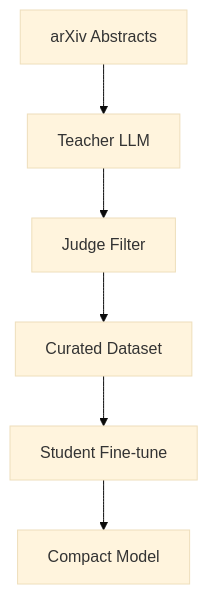
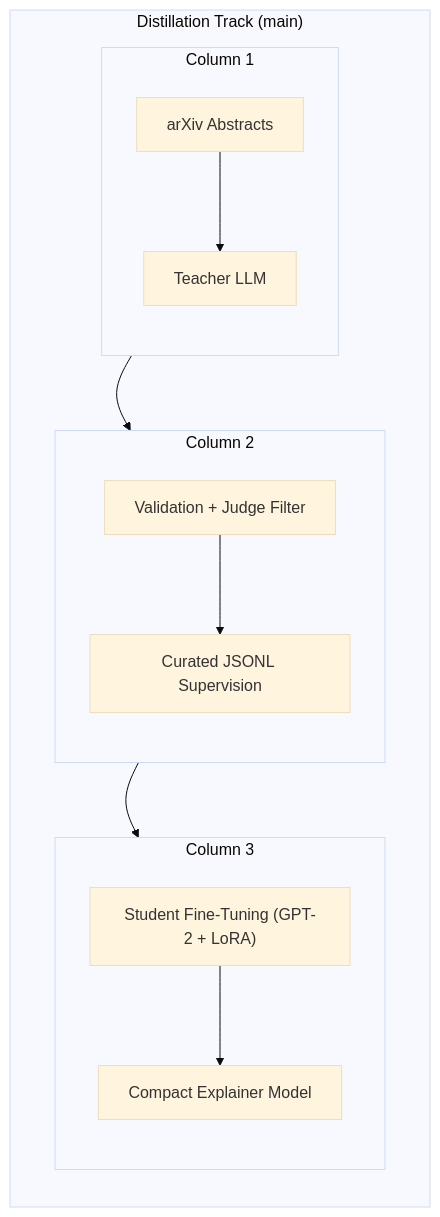
Before and after one commit to daspushpita/MiniAstroGPT: the first of 2 diagrams in README.md, drawn with Mermaid (base theme). The commit also changed other lines of this file, not shown here.

````diff
--- a/README.md
+++ b/README.md
@@ -34,8 +91,28 @@
 ```mermaid
-flowchart TD
-  A["arXiv Abstracts"] --> B["Teacher LLM"]
-  B --> C["Judge Filter"]
-  C --> D["Curated Dataset"]
-  D --> E["Student Fine-tune"]
-  E --> F["Compact Model"]
+flowchart TB
+  subgraph D["Distillation Track (main)"]
+    direction TB
+
+    subgraph D1["Column 1"]
+      direction TB
+      A["arXiv Abstracts"] --> B["Teacher LLM"]
+    end
+
+    subgraph D2["Column 2"]
+      direction TB
+      C["Validation + Judge Filter"] --> E["Curated JSONL Supervision"]
+    end
+
+    subgraph D3["Column 3"]
+      direction TB
+      F["Student Fine-Tuning (GPT-2 + LoRA)"] --> G["Compact Explainer Model"]
+    end
+
+    B --> C
+    E --> F
+    A ~~~ C
+    C ~~~ F
+    B ~~~ E
+    E ~~~ G
+  end
 ```
````
